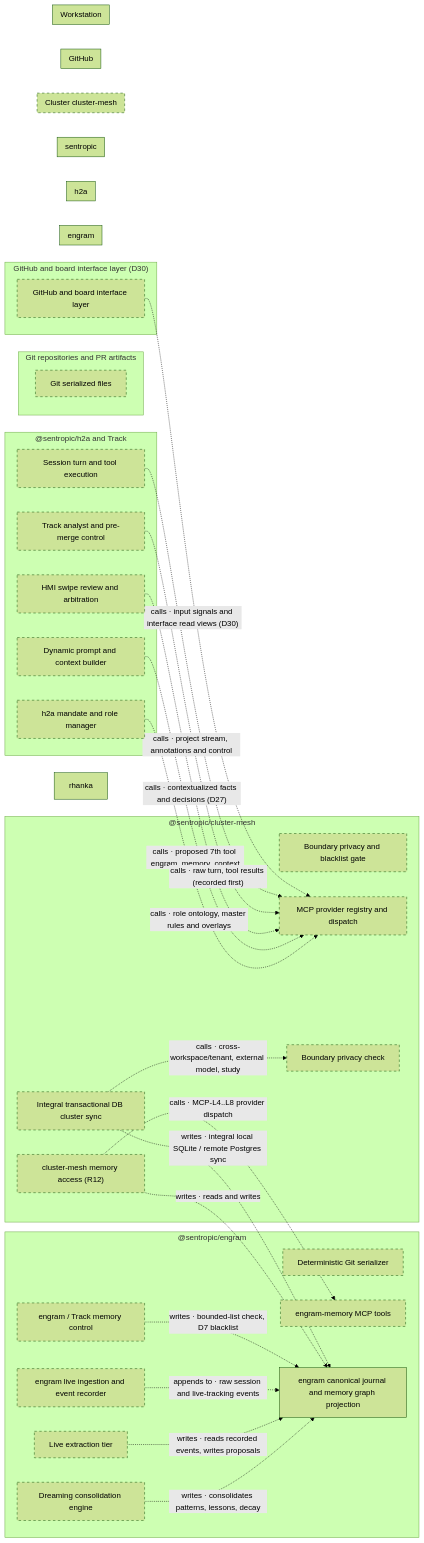
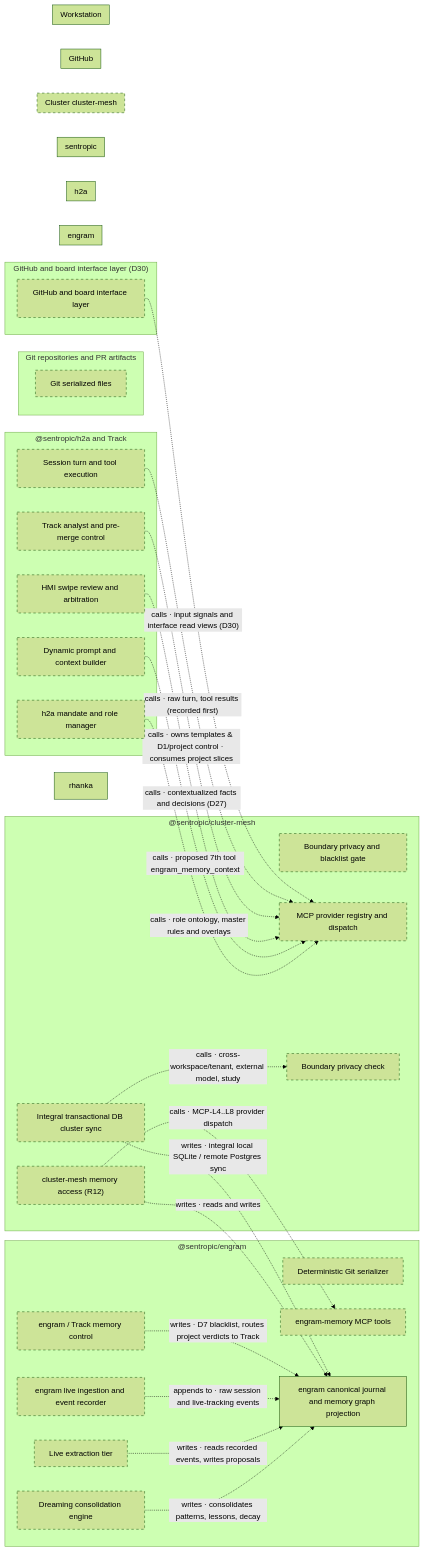
Before and after one commit to rhanka/engram: the diagram in spec/memory/architecture-target.mmd, drawn with Mermaid (forest theme). The commit also changed 6 other files, not shown here.

```diff
--- a/spec/memory/architecture-target.mmd
+++ b/spec/memory/architecture-target.mmd
@@ -319,7 +319,7 @@
 %% @dl lifecycle proposed
 %% @dl evidence "owner-r15:comments-2026-11-08.md:15-16"
 %% @dl mode write
-e_svc_mctrl -.->|"writes · bounded-list check, D7 blacklist"| e_st_graph
+e_svc_mctrl -.->|"writes · D7 blacklist, routes project verdicts to Track"| e_st_graph
 %% @dl rel ro-serial runsOn e_svc_serial e_host_cluster
 %% @dl lifecycle proposed
 %% @dl evidence "owner-r15:answers-2026-11-08.compact.md:5"
@@ -367,7 +367,7 @@
 %% @dl lifecycle proposed
 %% @dl evidence "kit:memory-content-r11.json:287"
 %% @dl evidence "owner-r11:mcp-correction-2026-11-07.md:9"
-e_rt_track -.->|"calls · project stream, annotations and control"| e_api_mcpreg
+e_rt_track -.->|"calls · owns templates #38; D1/project control · consumes project slices"| e_api_mcpreg
 %% @dl rel ac-track-git accesses e_rt_track e_st_git
 %% @dl lifecycle proposed
 %% @dl evidence "owner-r15:answers-2026-11-08.compact.md:5"
```
